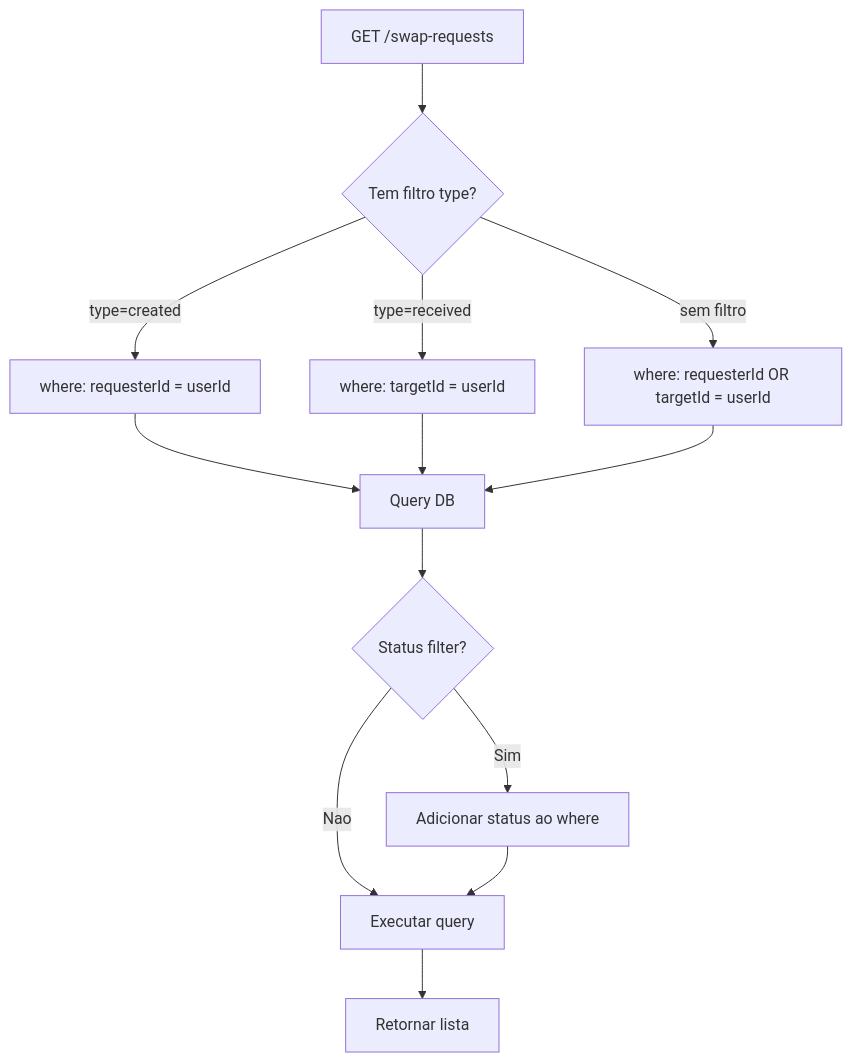
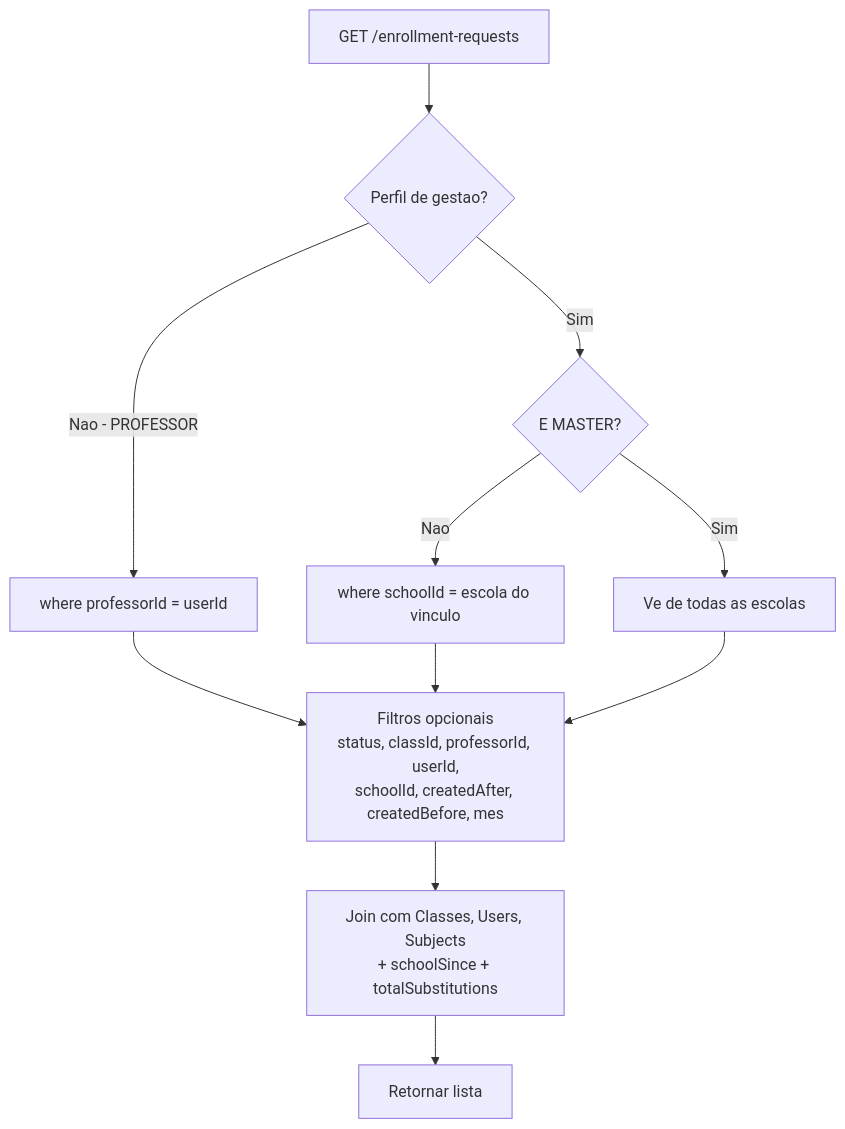
One commit to TROCA-AULA/troca-aula-backend changed the ninth of 14 diagrams in docs/07-fluxos-negocio.md. Above: the diagram before and after it, drawn with Mermaid. The commit also changed other lines of this file and 9 other files, not shown here.

````diff
--- a/docs/07-fluxos-negocio.md
+++ b/docs/07-fluxos-negocio.md
@@ -285,19 +304,16 @@
 ```mermaid
 flowchart TB
-    A[GET /swap-requests] --> B{Tem filtro type?}
+    A[GET /enrollment-requests] --> B{Perfil de gestao?}
     
-    B -->|type=created| C[where: requesterId = userId]
-    B -->|type=received| D[where: targetId = userId]
-    B -->|sem filtro| E[where: requesterId OR targetId = userId]
+    B -->|Nao - PROFESSOR| C[where professorId = userId]
+    B -->|Sim| D{E MASTER?}
+    D -->|Sim| E[Ve de todas as escolas]
+    D -->|Nao| F[where schoolId = escola do vinculo]
     
-    C --> F[Query DB]
-    D --> F
-    E --> F
+    C --> G[Filtros opcionais<br/>status, classId, professorId, userId,<br/>schoolId, createdAfter, createdBefore, mes]
+    F --> G
+    E --> G
     
-    F --> G{Status filter?}
-    G -->|Sim| H[Adicionar status ao where]
-    G -->|Nao| I[Executar query]
-    
-    H --> I
-    I --> J[Retornar lista]
+    G --> H[Join com Classes, Users, Subjects<br/>+ schoolSince + totalSubstitutions]
+    H --> I[Retornar lista]
 ```
````
